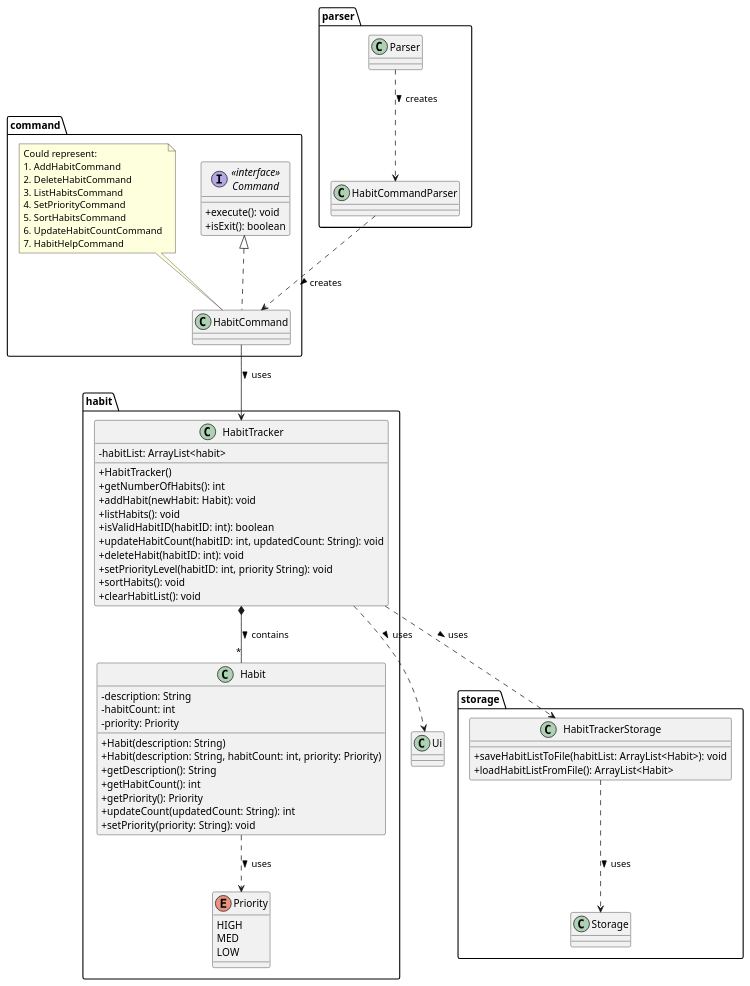
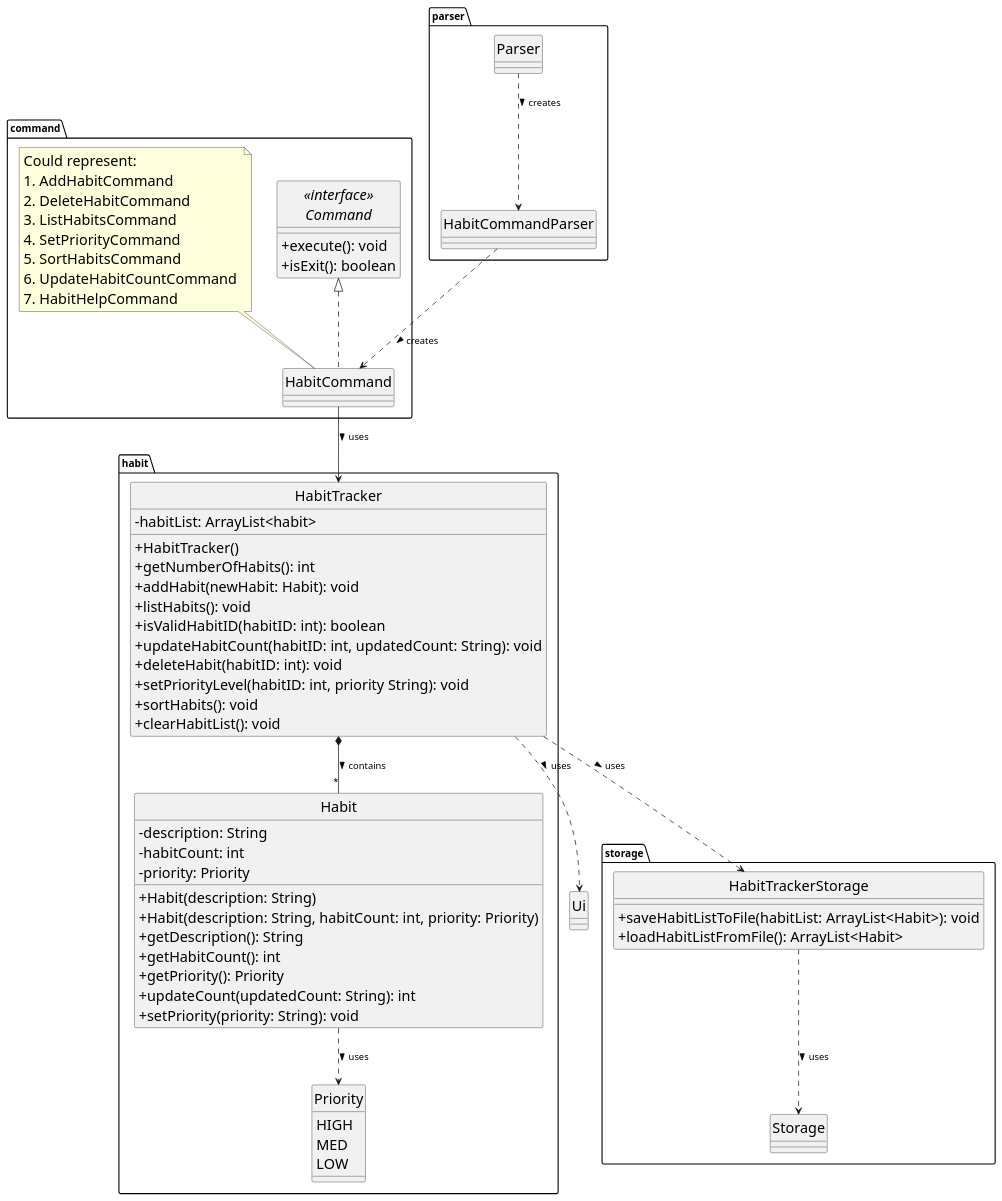
Before and after one commit to AY2324S2-CS2113-T11-1/tp: the diagram in docs/diagrams/habit/HabitTracker.puml, drawn with PlantUML. The commit also changed 3 other files, not shown here.

Commit message:
Update habit class and sequence diagrams

```diff
--- a/docs/diagrams/habit/HabitTracker.puml
+++ b/docs/diagrams/habit/HabitTracker.puml
@@ -1,90 +1,100 @@
 @startuml
 'https://plantuml.com/class-diagram
 
+skinparam NoteFontSize 20
+
+skinparam class {
+    FontSize 20
+    AttributeFontSize 20
+    MethodFontSize 20
+}
+
 skinparam classAttributeIconSize 0
+hide circle
+
 
 package parser {
     class HabitCommandParser {
     }
 
     class Parser {
     }
 }
 
 package command {
     interface "<<interface>>\nCommand" as Command {
                + execute(): void
                + isExit(): boolean
     }
 
     class HabitCommand implements Command {
     }
     note top of HabitCommand: Could represent: \n1. AddHabitCommand \n2. DeleteHabitCommand \n3. ListHabitsCommand \n4. SetPriorityCommand \n5. SortHabitsCommand \n6. UpdateHabitCountCommand \n7. HabitHelpCommand
 }
 
 Package habit {
     class HabitTracker {
         - habitList: ArrayList<habit>
 
         + HabitTracker()
         + getNumberOfHabits(): int
         + addHabit(newHabit: Habit): void
         + listHabits(): void
         + isValidHabitID(habitID: int): boolean
         + updateHabitCount(habitID: int, updatedCount: String): void
         + deleteHabit(habitID: int): void
         + setPriorityLevel(habitID: int, priority String): void
         + sortHabits(): void
         + clearHabitList(): void
     }
 
     class Habit {
         - description: String
         - habitCount: int
         - priority: Priority
 
         + Habit(description: String)
         + Habit(description: String, habitCount: int, priority: Priority)
         + getDescription(): String
         + getHabitCount(): int
         + getPriority(): Priority
         + updateCount(updatedCount: String): int
         + setPriority(priority: String): void
     }
 
     enum Priority {
       HIGH
       MED
       LOW
     }
 }
 
 Package storage {
     class Storage {
     }
 
     class HabitTrackerStorage {
         + saveHabitListToFile(habitList: ArrayList<Habit>): void
         + loadHabitListFromFile(): ArrayList<Habit>
     }
 }
 
 class Ui {
 }
 
 HabitTracker *-- "*" Habit : contains >
 Habit ..> Priority : uses >
 
 HabitTracker ..> HabitTrackerStorage : uses >
 HabitTrackerStorage ..> Storage : uses >
 HabitTracker ..> Ui : uses >
 
 Parser ..> HabitCommandParser : creates >
 HabitCommandParser .DOWN.> HabitCommand : creates >
 
 HabitCommand --> HabitTracker : uses >
 
 
 
 
 @enduml
```
